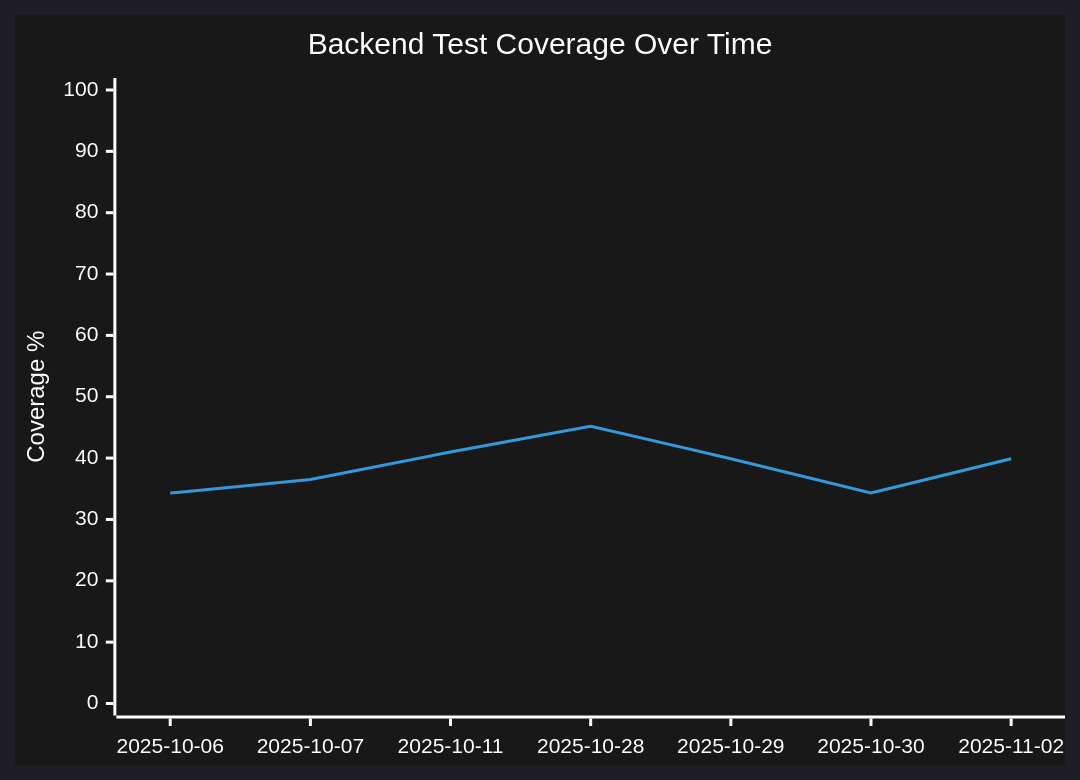
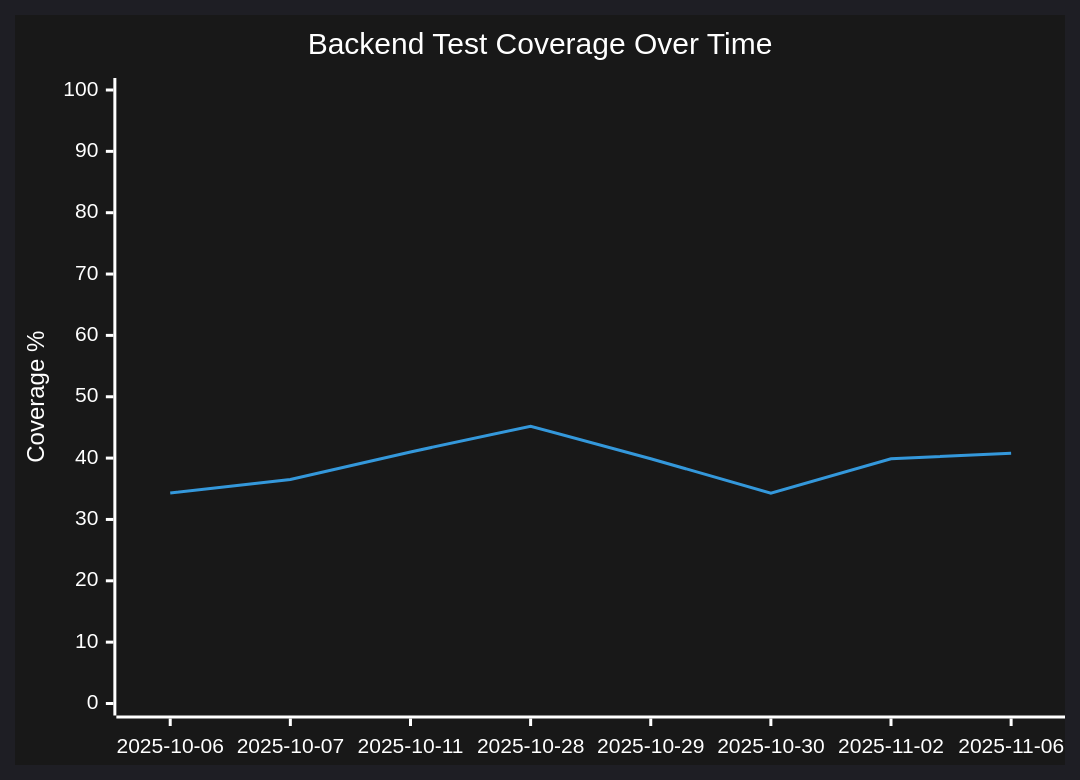
One commit to dianlight/srat changed the first of 3 diagrams in docs/TEST_COVERAGE.md. Above: the diagram before and after it, drawn with Mermaid. The commit also changed other lines of this file and 1 other file, not shown here.

````diff
--- a/docs/TEST_COVERAGE.md
+++ b/docs/TEST_COVERAGE.md
@@ -159,8 +159,8 @@
 ```mermaid
 %%{init: {'theme':'dark', 'themeVariables': { 'primaryColor':'#222','primaryTextColor':'#fff','primaryBorderColor':'#388E3C','lineColor':'#2196F3','secondaryColor':'#FFC107','tertiaryColor':'#fff','background':'#181818'}}}%%
 xychart-beta
   title "Backend Test Coverage Over Time"
-  x-axis [2025-10-06, 2025-10-07, 2025-10-11, 2025-10-28, 2025-10-29, 2025-10-30, 2025-11-02]
+  x-axis [2025-10-06, 2025-10-07, 2025-10-11, 2025-10-28, 2025-10-29, 2025-10-30, 2025-11-02, 2025-11-06]
   y-axis "Coverage %" 0 --> 100
-  line [34.3, 36.5, 41.0, 45.2, 39.9, 34.3, 39.9]
+  line [34.3, 36.5, 41.0, 45.2, 39.9, 34.3, 39.9, 40.8]
 ```
````
